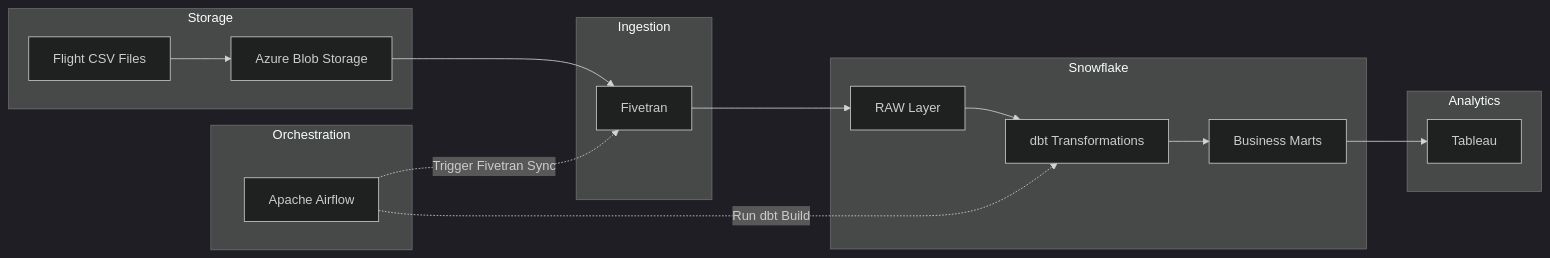
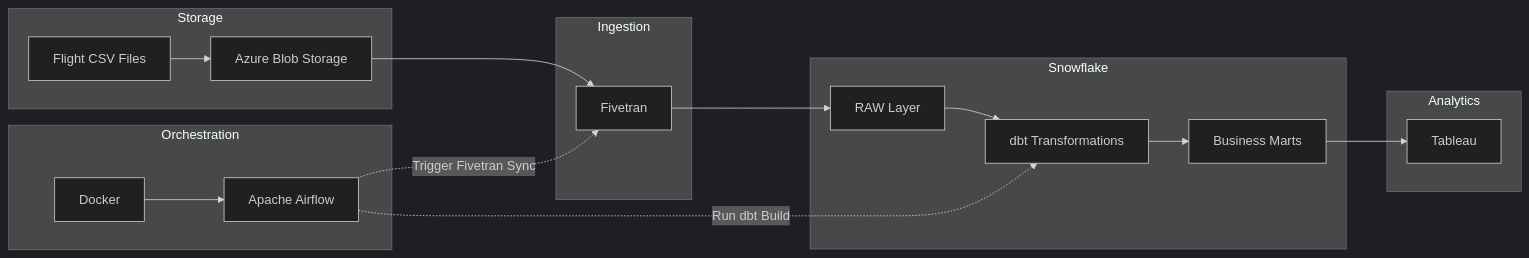
One commit to MJRML/flights-data-engineering-project changed the first of 2 diagrams in README.md. Above: the diagram before and after it, drawn with Mermaid (dark theme). The commit also changed other lines of this file, not shown here.

Commit message:
upading architecture with docker

````diff
--- a/README.md
+++ b/README.md
@@ -52,36 +52,38 @@
 ```mermaid
 flowchart LR
 
     subgraph Storage
         A["Flight CSV Files"]
         B["Azure Blob Storage"]
         A --> B
     end
 
     subgraph Ingestion
         C["Fivetran"]
     end
 
     subgraph Snowflake
         D["RAW Layer"]
         E["dbt Transformations"]
         F["Business Marts"]
         D --> E
         E --> F
     end
 
     subgraph Analytics
         G["Tableau"]
     end
 
     subgraph Orchestration
-        H["Apache Airflow"]
+        H["Docker"]
+        I["Apache Airflow"]
+        H --> I
     end
 
     B --> C
     C --> D
     F --> G
 
-    H -. Trigger Fivetran Sync .-> C
-    H -. Run dbt Build .-> E
-```  
+    I -. Trigger Fivetran Sync .-> C
+    I -. Run dbt Build .-> E
+```
````
